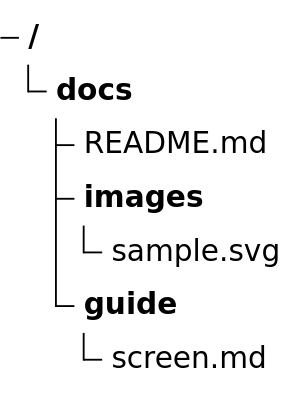
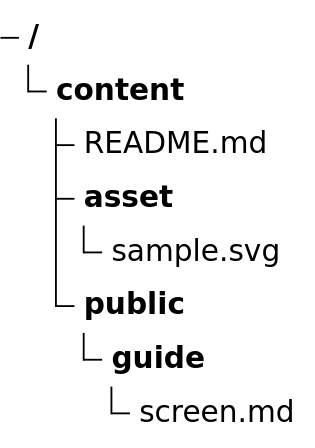
One commit to minu-ha/for-humanity changed the diagram in content/public/images.md. Above: the diagram before and after it, drawn with Mermaid. The commit also changed other lines of this file and 31 other files, not shown here.

````diff
--- a/content/public/images.md
+++ b/content/public/images.md
@@ -14,9 +14,10 @@
 ```mermaid
 treeView-beta
-docs/
+content/
 ├── README.md
-├── images/
+├── asset/
 │   └── sample.svg
-└── guide/
-    └── screen.md
+└── public/
+    └── guide/
+        └── screen.md
 ```
````
